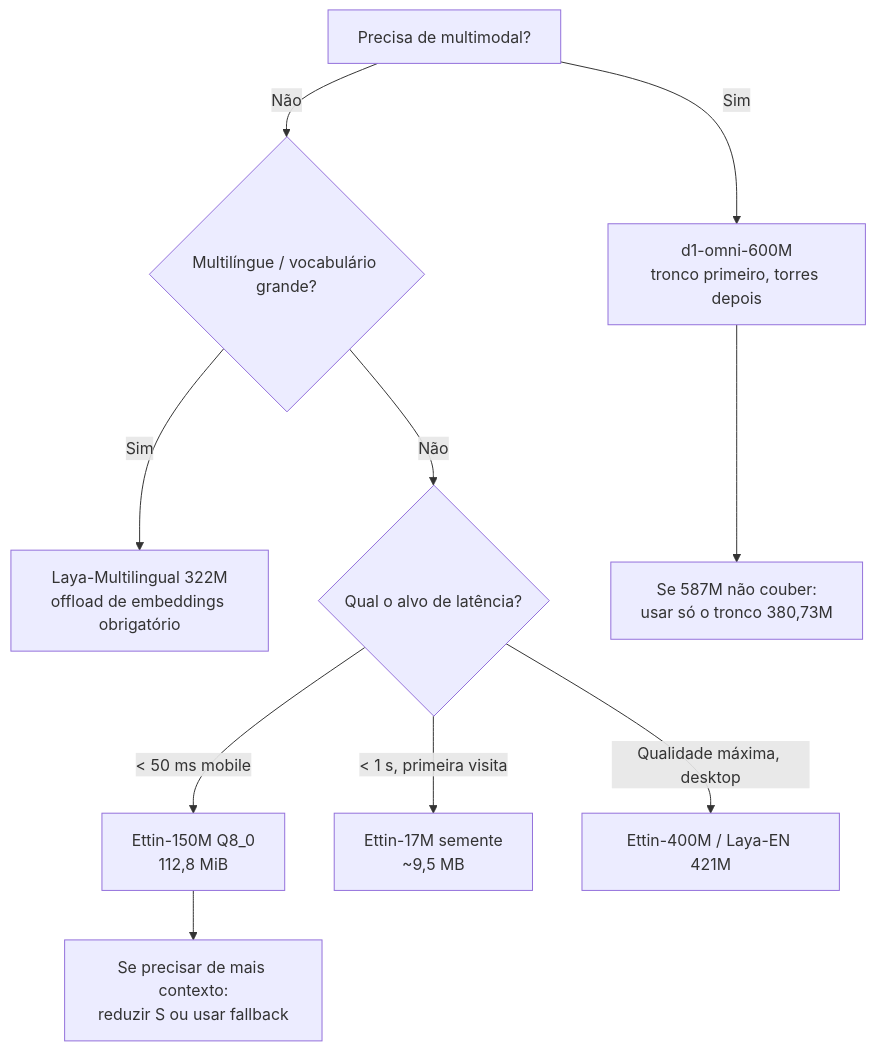
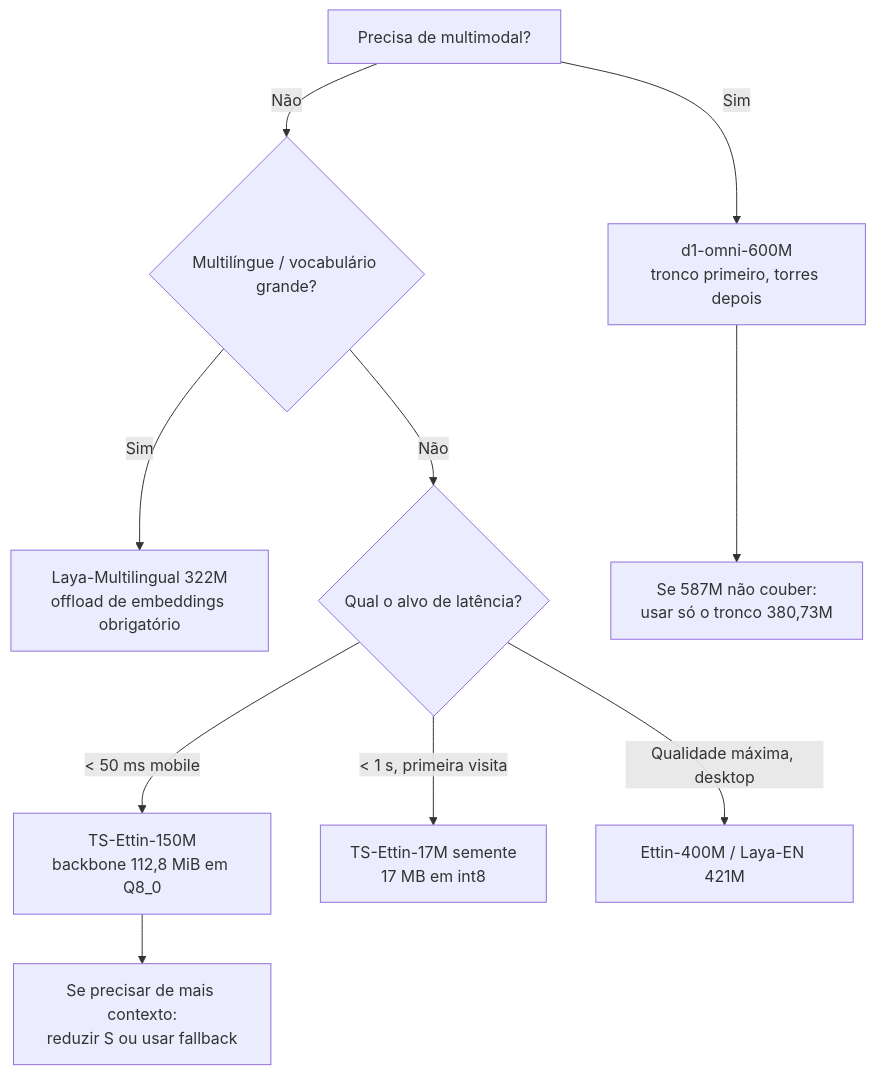
Before and after one commit to frederico-kluser/som-webcore: the third of 3 diagrams in README.md, drawn with Mermaid. The commit also changed other lines of this file and 19 other files, not shown here.

First line of the commit message:
docs(roadmap): roadmap em DAG, auditoria da pesquisa e metodologia (#5)

````diff
--- a/README.md
+++ b/README.md
@@ -725,12 +753,12 @@
 ```mermaid
 flowchart TD
     A[Precisa de multimodal?] -->|Sim| B[d1-omni-600M<br/>tronco primeiro, torres depois]
     A -->|Não| C{Multilíngue / vocabulário grande?}
     C -->|Sim| D[Laya-Multilingual 322M<br/>offload de embeddings obrigatório]
     C -->|Não| E{Qual o alvo de latência?}
-    E -->|"< 50 ms mobile"| F[Ettin-150M Q8_0<br/>112,8 MiB]
-    E -->|"< 1 s, primeira visita"| G[Ettin-17M semente<br/>~9,5 MB]
+    E -->|"< 50 ms mobile"| F[TS-Ettin-150M<br/>backbone 112,8 MiB em Q8_0]
+    E -->|"< 1 s, primeira visita"| G[TS-Ettin-17M semente<br/>17 MB em int8]
     E -->|"Qualidade máxima, desktop"| H[Ettin-400M / Laya-EN 421M]
     F --> I[Se precisar de mais contexto:<br/>reduzir S ou usar fallback]
     B --> J[Se 587M não couber:<br/>usar só o tronco 380,73M]
 ```
````
